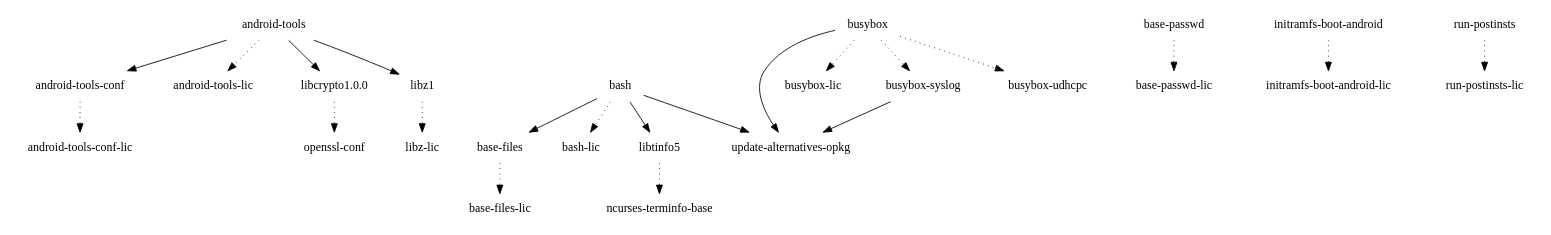
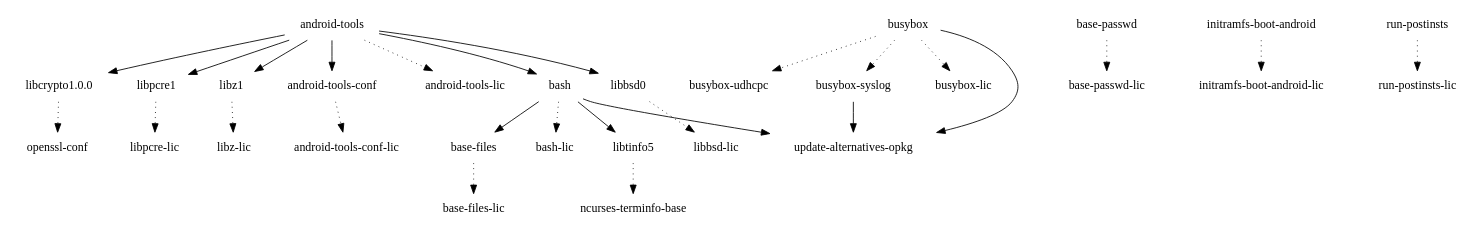
The diagram in images/maguro/glibc/initramfs-android-image/depends-nokernel-nolibc.dot (webOS-ports/buildhistory), drawn with Graphviz before and after one commit. The commit also changed 11 other files, not shown here.

```diff
--- a/images/maguro/glibc/initramfs-android-image/depends-nokernel-nolibc.dot
+++ b/images/maguro/glibc/initramfs-android-image/depends-nokernel-nolibc.dot
@@ -1,24 +1,29 @@
 digraph depends {
     node [shape=plaintext]
 "android-tools" -> "android-tools-conf";
 "android-tools" -> "android-tools-lic" [style=dotted];
+"android-tools" -> "bash";
 "android-tools-conf" -> "android-tools-conf-lic" [style=dotted];
+"android-tools" -> "libbsd0";
 "android-tools" -> "libcrypto1.0.0";
+"android-tools" -> "libpcre1";
 "android-tools" -> "libz1";
 "base-files" -> "base-files-lic" [style=dotted];
 "base-passwd" -> "base-passwd-lic" [style=dotted];
 "bash" -> "base-files";
 "bash" -> "bash-lic" [style=dotted];
 "bash" -> "libtinfo5";
 "bash" -> "update-alternatives-opkg";
 "busybox" -> "busybox-lic" [style=dotted];
 "busybox" -> "busybox-syslog" [style=dotted];
 "busybox" -> "busybox-udhcpc" [style=dotted];
 "busybox-syslog" -> "update-alternatives-opkg";
 "busybox" -> "update-alternatives-opkg";
 "initramfs-boot-android" -> "initramfs-boot-android-lic" [style=dotted];
+"libbsd0" -> "libbsd-lic" [style=dotted];
 "libcrypto1.0.0" -> "openssl-conf" [style=dotted];
+"libpcre1" -> "libpcre-lic" [style=dotted];
 "libtinfo5" -> "ncurses-terminfo-base" [style=dotted];
 "libz1" -> "libz-lic" [style=dotted];
 "run-postinsts" -> "run-postinsts-lic" [style=dotted];
 }
```
